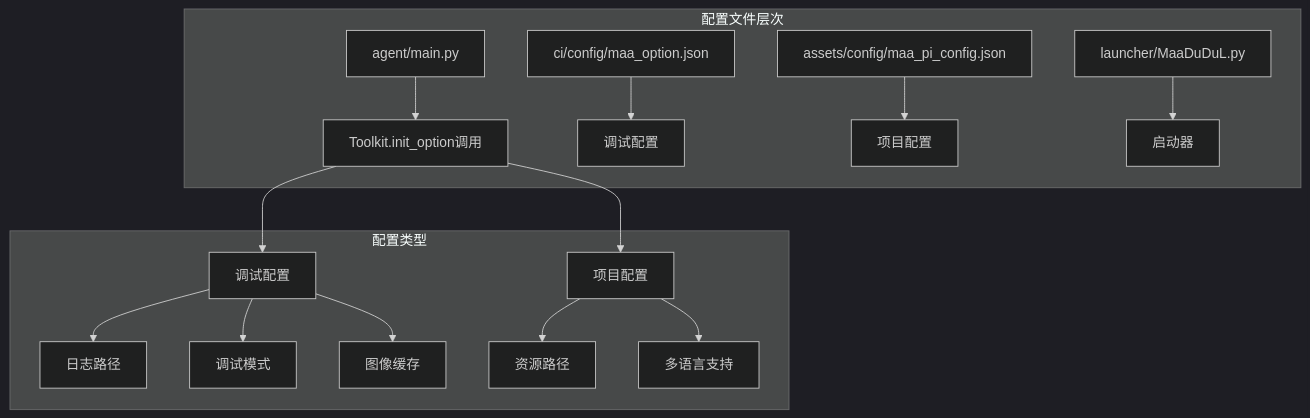
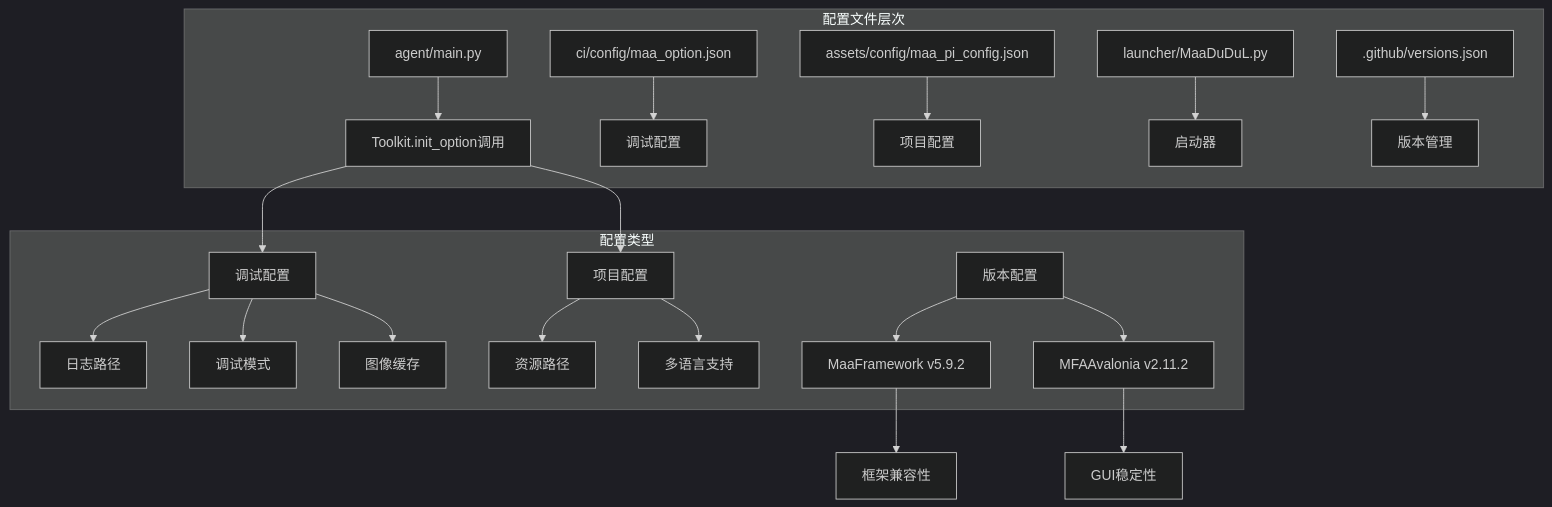
One commit to kqcoxn/MaaDuDuL changed the first of 5 diagrams in .qoder/repowiki/zh/content/系统架构与设计/核心架构设计/配置体系设计.md. Above: the diagram before and after it, drawn with Mermaid (dark theme). The commit also changed other lines of this file and 18 other files, not shown here.

````diff
--- a/.qoder/repowiki/zh/content/系统架构与设计/核心架构设计/配置体系设计.md
+++ b/.qoder/repowiki/zh/content/系统架构与设计/核心架构设计/配置体系设计.md
@@ -35,18 +46,23 @@
 ```mermaid
 graph TB
 subgraph "配置文件层次"
 A[agent/main.py] --> B[Toolkit.init_option调用]
 C[ci/config/maa_option.json] --> D[调试配置]
 E[assets/config/maa_pi_config.json] --> F[项目配置]
 G[launcher/MaaDuDuL.py] --> H[启动器]
+I[.github/versions.json] --> J[版本管理]
 end
 subgraph "配置类型"
-I[调试配置] --> J[日志路径]
-I --> K[调试模式]
-I --> L[图像缓存]
-M[项目配置] --> N[资源路径]
-M --> O[多语言支持]
+K[调试配置] --> L[日志路径]
+K --> M[调试模式]
+K --> N[图像缓存]
+O[项目配置] --> P[资源路径]
+O --> Q[多语言支持]
+R[版本配置] --> S[MaaFramework v5.9.2]
+R --> T[MFAAvalonia v2.11.2]
 end
-B --> I
-B --> M
+B --> K
+B --> O
+S --> U[框架兼容性]
+T --> V[GUI稳定性]
 ```
````
